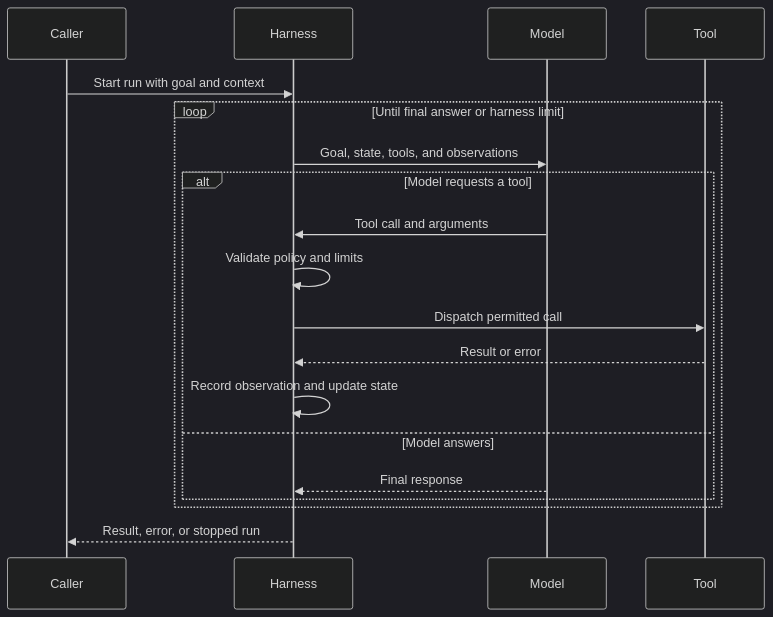
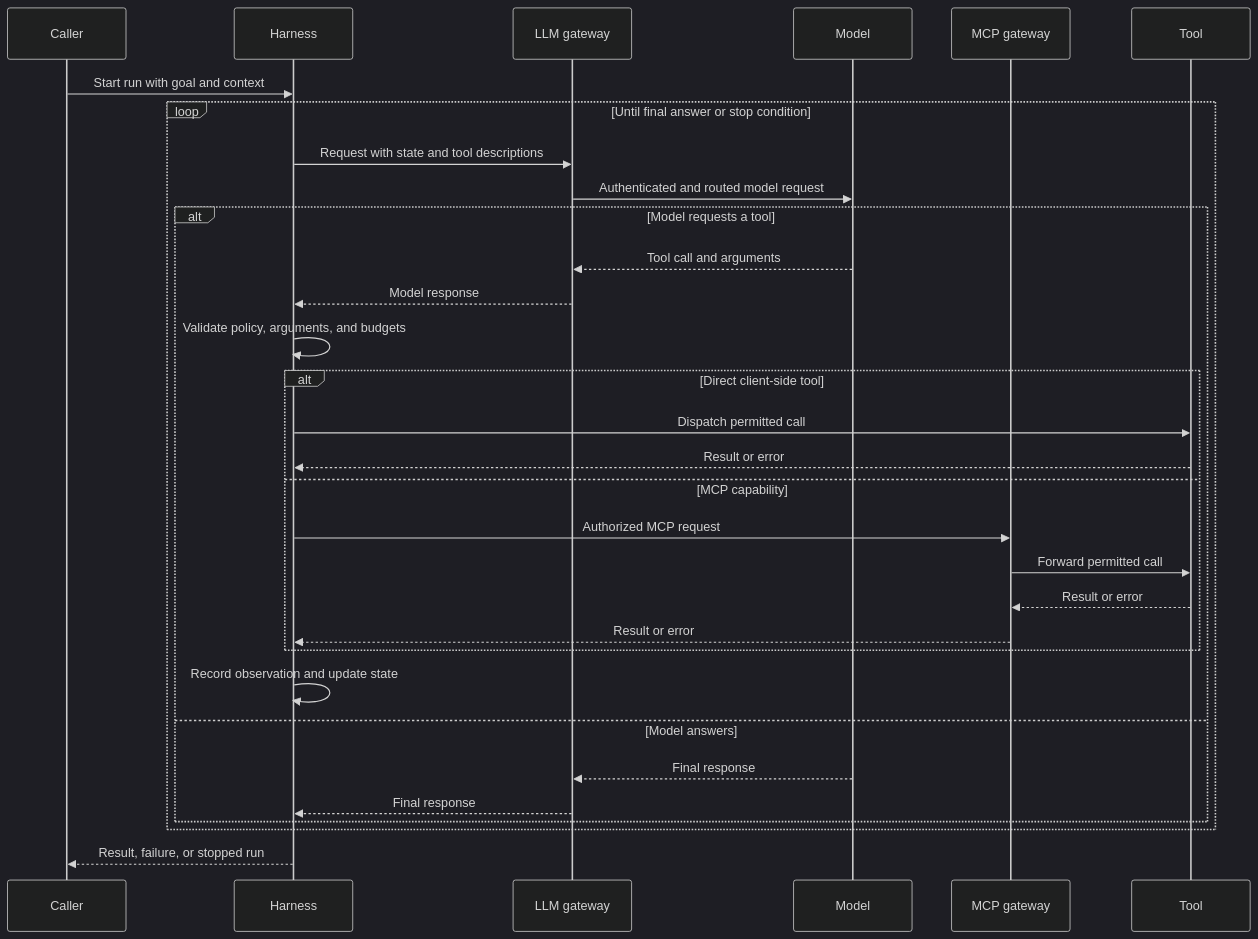
One commit to dima-koshman/skills changed the first of 2 diagrams in openwiki/architecture/agent-systems.md. Above: the diagram before and after it, drawn with Mermaid (dark theme). The commit also changed other lines of this file and 19 other files, not shown here.

````diff
--- a/openwiki/architecture/agent-systems.md
+++ b/openwiki/architecture/agent-systems.md
@@ -48,21 +69,33 @@
 ```mermaid
 sequenceDiagram
     participant Caller
     participant Harness
+    participant LLMGateway as LLM gateway
     participant Model
+    participant ToolGate as MCP gateway
     participant Tool
     Caller->>Harness: Start run with goal and context
-    loop Until final answer or harness limit
-        Harness->>Model: Goal, state, tools, and observations
+    loop Until final answer or stop condition
+        Harness->>LLMGateway: Request with state and tool descriptions
+        LLMGateway->>Model: Authenticated and routed model request
         alt Model requests a tool
-            Model->>Harness: Tool call and arguments
-            Harness->>Harness: Validate policy and limits
-            Harness->>Tool: Dispatch permitted call
-            Tool-->>Harness: Result or error
+            Model-->>LLMGateway: Tool call and arguments
+            LLMGateway-->>Harness: Model response
+            Harness->>Harness: Validate policy, arguments, and budgets
+            alt Direct client-side tool
+                Harness->>Tool: Dispatch permitted call
+                Tool-->>Harness: Result or error
+            else MCP capability
+                Harness->>ToolGate: Authorized MCP request
+                ToolGate->>Tool: Forward permitted call
+                Tool-->>ToolGate: Result or error
+                ToolGate-->>Harness: Result or error
+            end
             Harness->>Harness: Record observation and update state
         else Model answers
-            Model-->>Harness: Final response
+            Model-->>LLMGateway: Final response
+            LLMGateway-->>Harness: Final response
         end
     end
-    Harness-->>Caller: Result, error, or stopped run
+    Harness-->>Caller: Result, failure, or stopped run
 ```
````
